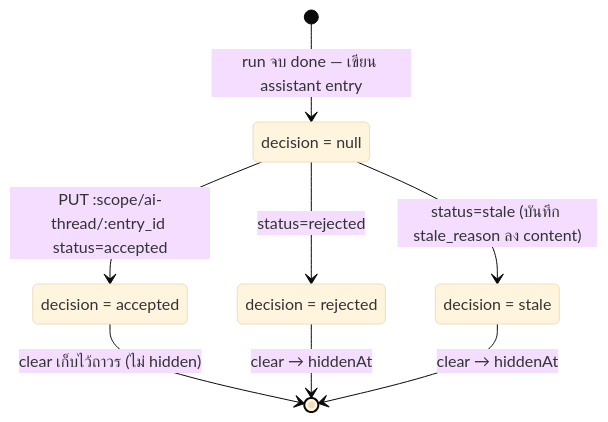
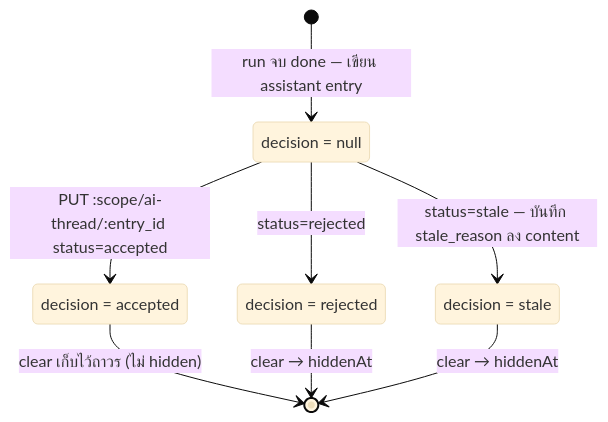
One commit to Open-Science-and-Data-management/Backend changed the third of 3 diagrams in src/features/ai/README.md. Above: the diagram before and after it, drawn with Mermaid (base theme). The commit also changed other lines of this file and 20 other files, not shown here.

````diff
--- a/src/features/ai/README.md
+++ b/src/features/ai/README.md
@@ -173,14 +253,14 @@
 ```mermaid
 stateDiagram-v2
     [*] --> s_null: run จบ done — เขียน assistant entry
     state "decision = null" as s_null
     state "decision = accepted" as s_acc
     state "decision = rejected" as s_rej
     state "decision = stale" as s_stale
     s_null --> s_acc: PUT :scope/ai-thread/:entry_id status=accepted
     s_null --> s_rej: status=rejected
-    s_null --> s_stale: status=stale (บันทึก stale_reason ลง content)
+    s_null --> s_stale: status=stale — บันทึก stale_reason ลง content
     s_acc --> [*]: clear เก็บไว้ถาวร (ไม่ hidden)
     s_rej --> [*]: clear → hiddenAt
     s_stale --> [*]: clear → hiddenAt
 ```
````
